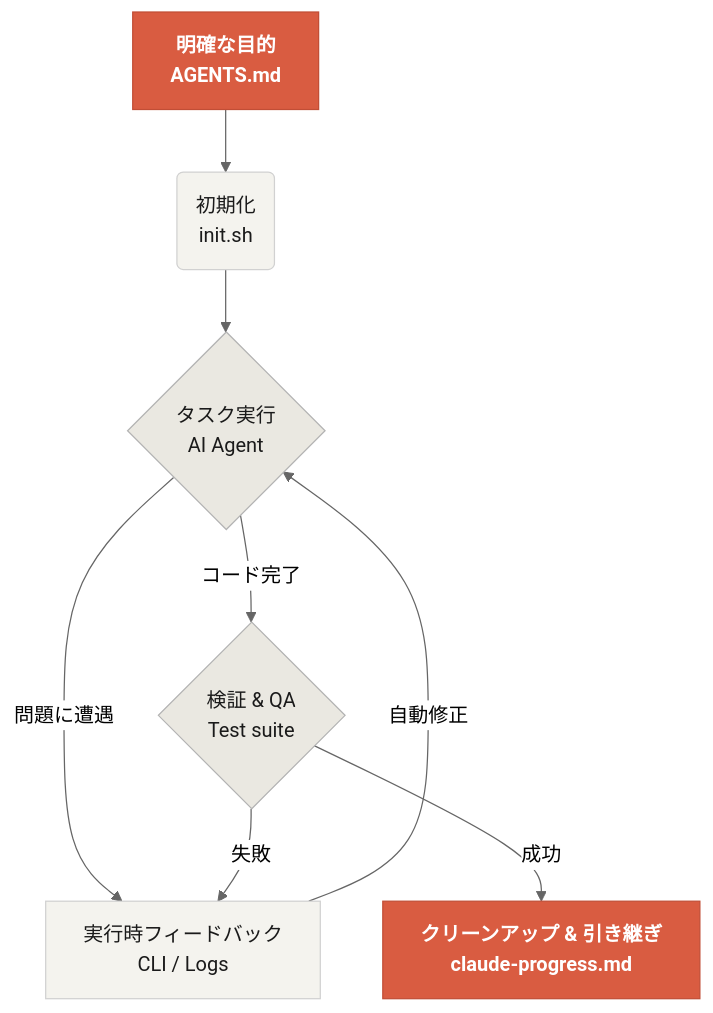
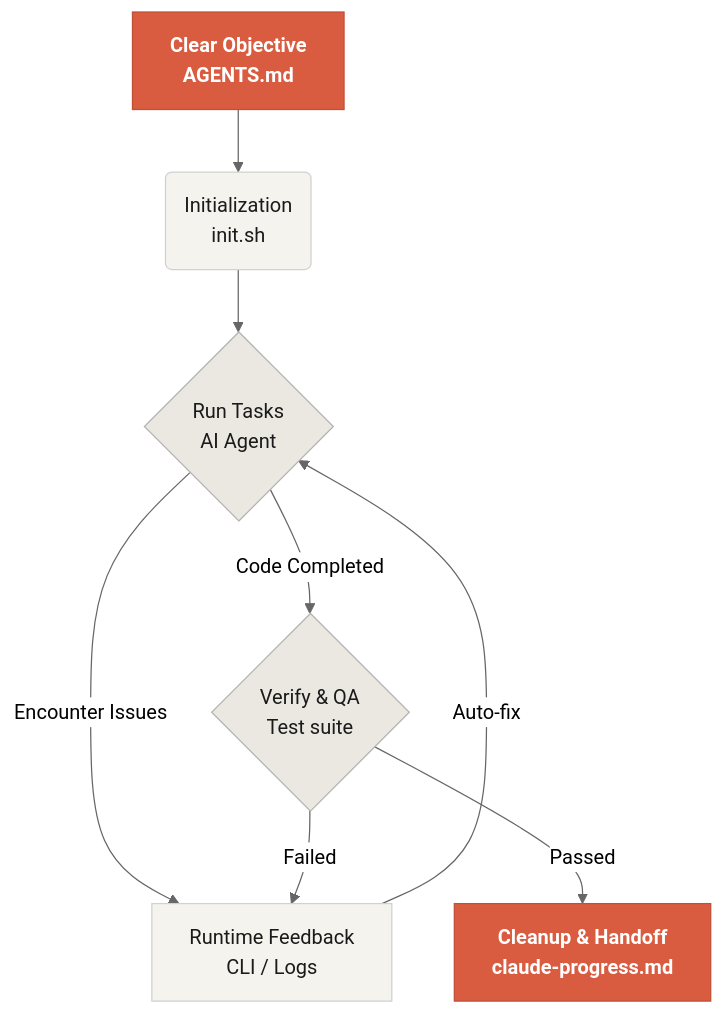
Before and after one commit to mkusaka/learn-harness-engineering: the diagram in docs/en/index.md, drawn with Mermaid (neutral theme). The commit also changed other lines of this file and 684 other files, not shown here.

````diff
--- a/docs/en/index.md
+++ b/docs/en/index.md
@@ -34,18 +34,18 @@
 ```mermaid
 graph TD
-    A["明確な目的<br/>AGENTS.md"] --> B("初期化<br/>init.sh")
-    B --> C{"タスク実行<br/>AI Agent"}
-    C -->|問題に遭遇| D["実行時フィードバック<br/>CLI / Logs"]
-    D -->|自動修正| C
-    C -->|コード完了| E{"検証 & QA<br/>Test suite"}
-    E -->|失敗| D
-    E -->|成功| F["クリーンアップ & 引き継ぎ<br/>claude-progress.md"]
+    A["Clear Objective<br/>AGENTS.md"] --> B("Initialization<br/>init.sh")
+    B --> C{"Run Tasks<br/>AI Agent"}
+    C -->|Encounter Issues| D["Runtime Feedback<br/>CLI / Logs"]
+    D -->|Auto-fix| C
+    C -->|Code Completed| E{"Verify & QA<br/>Test suite"}
+    E -->|Failed| D
+    E -->|Passed| F["Cleanup & Handoff<br/>claude-progress.md"]
     
     classDef primary fill:#D95C41,stroke:#C14E36,color:#fff,font-weight:bold;
     classDef process fill:#F4F3EE,stroke:#D1D1D1,color:#1A1A1A;
     classDef check fill:#EAE8E1,stroke:#B3B3B3,color:#1A1A1A;
     
     class A,F primary;
     class B,D process;
     class C,E check;
 ```
````
